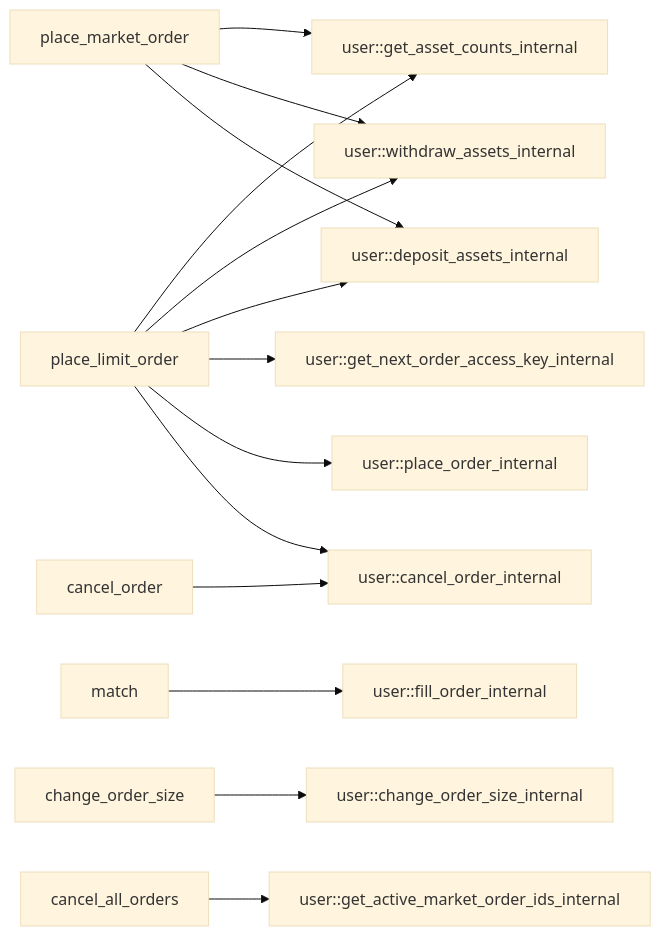
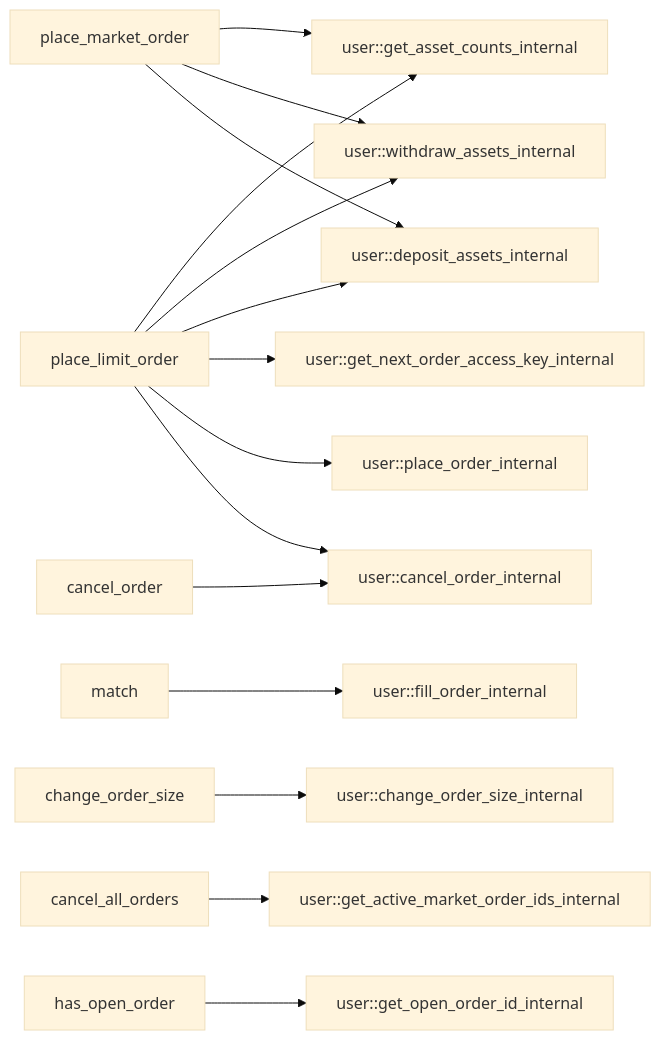
One commit to econia-labs/econia changed the ninth of 9 diagrams in src/move/econia/doc/market.md. Above: the diagram before and after it, drawn with Mermaid (base theme). The commit also changed other lines of this file and 20 other files, not shown here.

````diff
--- a/src/move/econia/doc/market.md
+++ b/src/move/econia/doc/market.md
@@ -395,24 +428,26 @@
 ``` mermaid
 
 flowchart LR
 
 place_limit_order --> user::get_asset_counts_internal
 place_limit_order --> user::withdraw_assets_internal
 place_limit_order --> user::deposit_assets_internal
 place_limit_order --> user::get_next_order_access_key_internal
 place_limit_order --> user::place_order_internal
 place_limit_order --> user::cancel_order_internal
 
 place_market_order --> user::get_asset_counts_internal
 place_market_order --> user::withdraw_assets_internal
 place_market_order --> user::deposit_assets_internal
 
 match --> user::fill_order_internal
 
 change_order_size --> user::change_order_size_internal
 
 cancel_order --> user::cancel_order_internal
 
 cancel_all_orders --> user::get_active_market_order_ids_internal
 
+has_open_order --> user::get_open_order_id_internal
+
 ```
````
